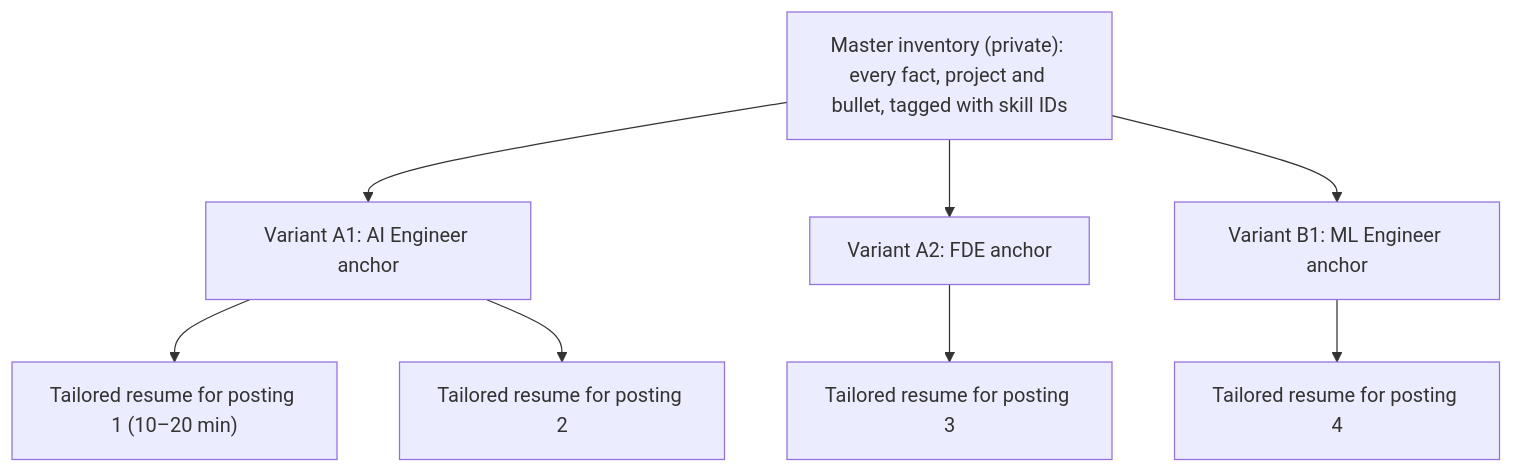
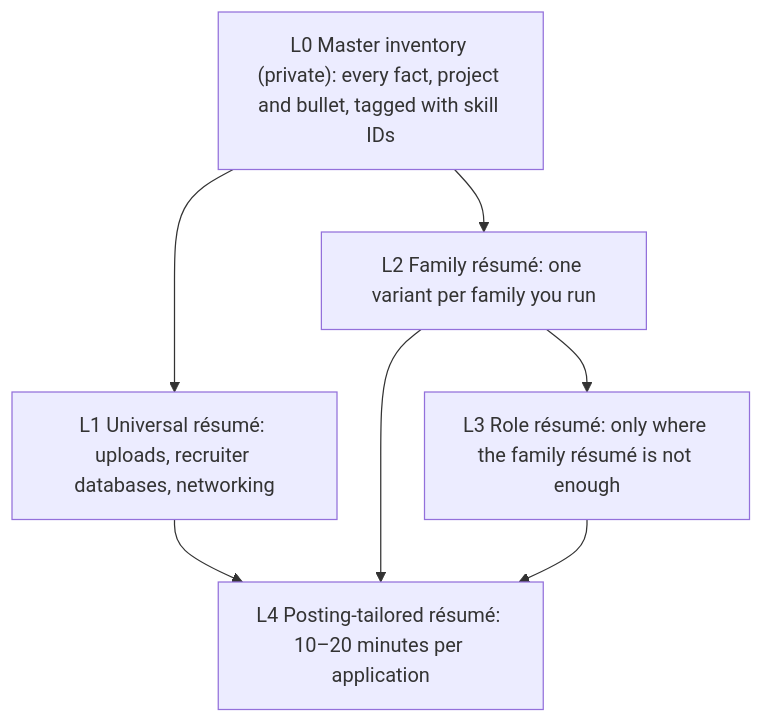
One commit to bhaskarjha-dev/genai-career changed the diagram in career/06-job-search/resume-strategy.md. Above: the diagram before and after it, drawn with Mermaid. The commit also changed other lines of this file and 8 other files, not shown here.

First line of the commit message:
docs(job-search): make one resume guide and migrate the job-search strategy

````diff
--- a/career/06-job-search/resume-strategy.md
+++ b/career/06-job-search/resume-strategy.md
@@ -92,11 +34,10 @@
 ```mermaid
 flowchart TD
-    M["Master inventory (private): every fact, project and bullet, tagged with skill IDs"]
-    M --> V1["Variant A1: AI Engineer anchor"]
-    M --> V2["Variant A2: FDE anchor"]
-    M --> V3["Variant B1: ML Engineer anchor"]
-    V1 --> P1["Tailored resume for posting 1 (10–20 min)"]
-    V1 --> P2["Tailored resume for posting 2"]
-    V2 --> P3["Tailored resume for posting 3"]
-    V3 --> P4["Tailored resume for posting 4"]
+    M["L0 Master inventory (private): every fact, project and bullet, tagged with skill IDs"]
+    M --> U["L1 Universal résumé: uploads, recruiter databases, networking"]
+    M --> F["L2 Family résumé: one variant per family you run"]
+    F --> R["L3 Role résumé: only where the family résumé is not enough"]
+    U --> T["L4 Posting-tailored résumé: 10–20 minutes per application"]
+    F --> T
+    R --> T
 ```
````
